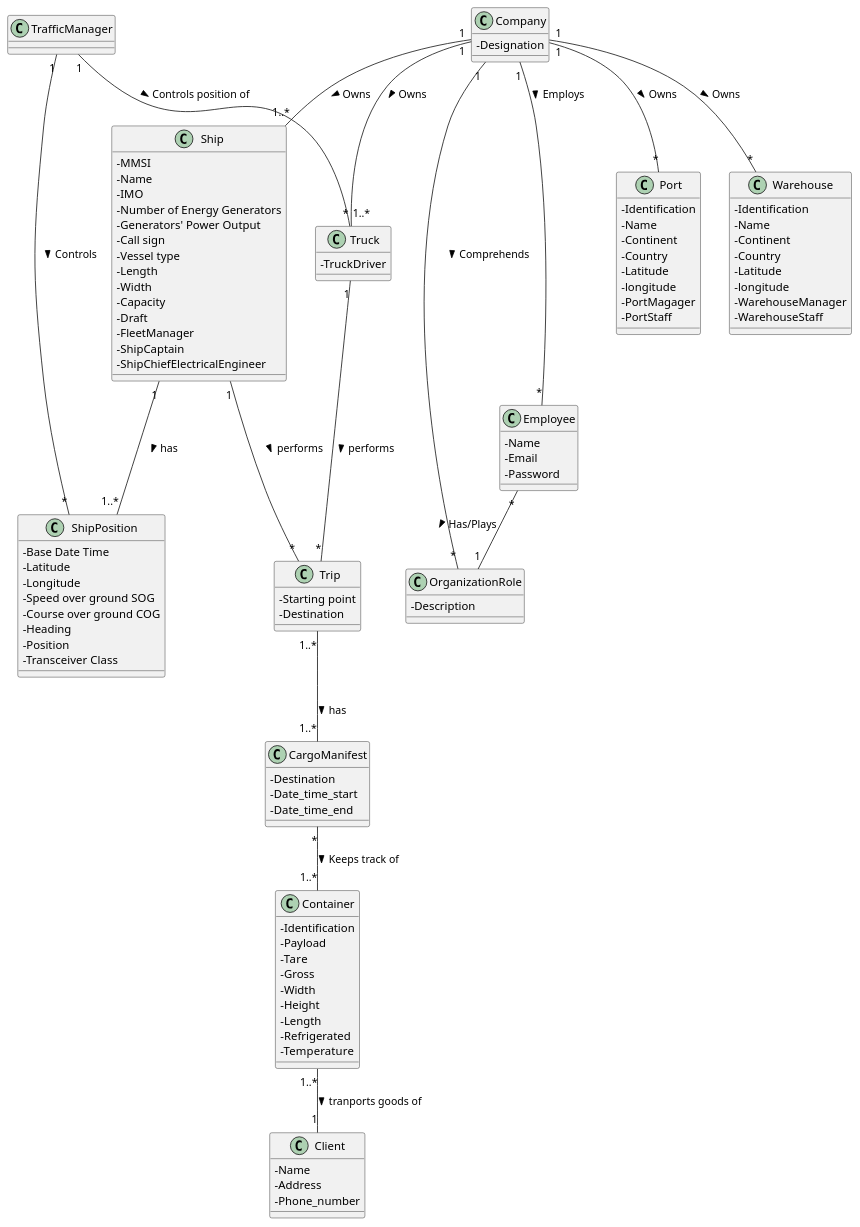
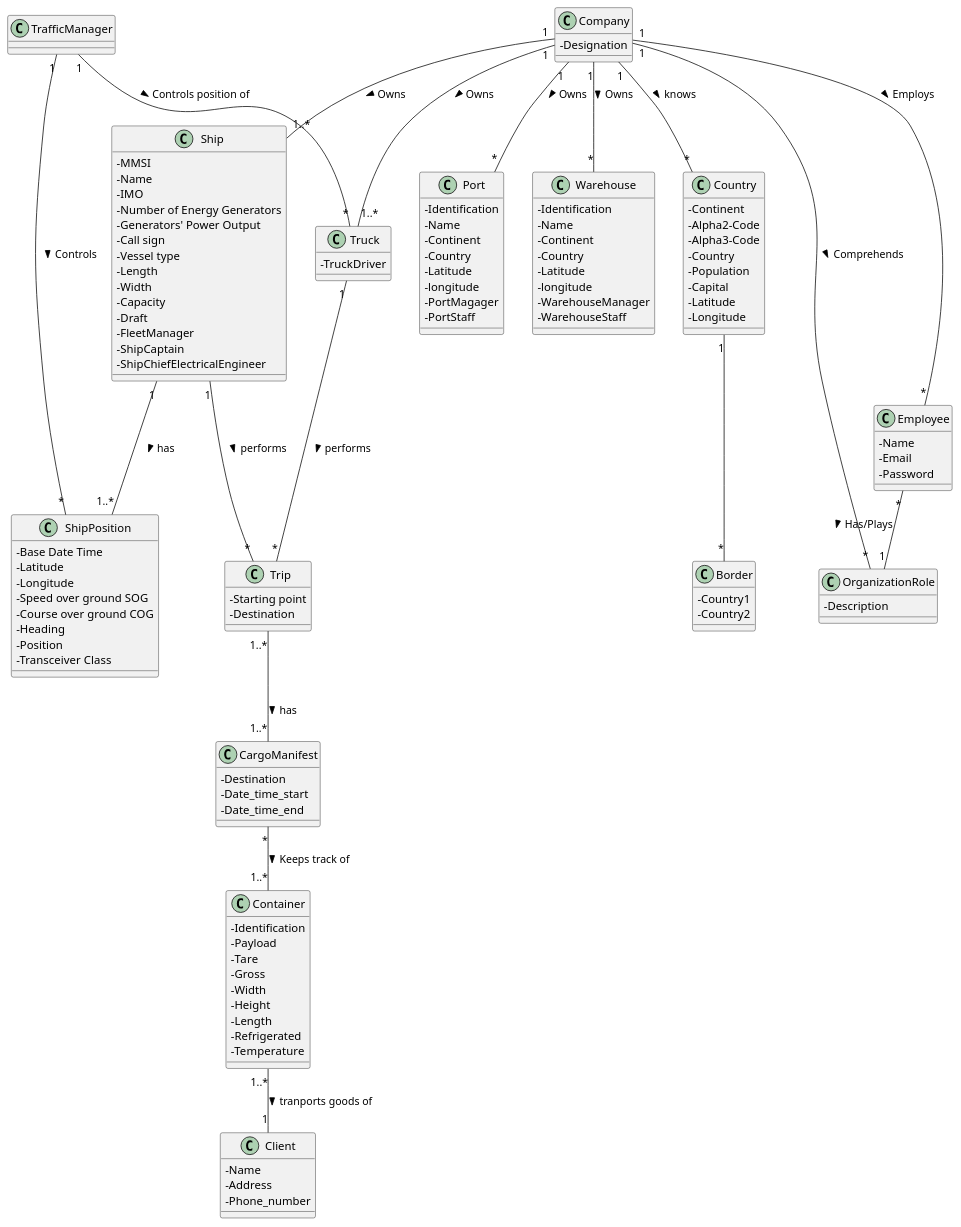
Before and after one commit to 1190772/LAB-Project-3: the diagram in docs/Sprint 3/Domain Model/Domain Model.puml, drawn with PlantUML. The commit also changed 9 other files, not shown here.

```diff
--- a/docs/Sprint 3/Domain Model/Domain Model.puml
+++ b/docs/Sprint 3/Domain Model/Domain Model.puml
@@ -1,122 +1,140 @@
 @startuml
 'https://plantuml.com/class-diagram
 
 skinparam classAttributeIconSize 0
 
 class Company {
 -Designation
 }
 
 class Container {
 -Identification
 -Payload
 -Tare
 -Gross
 -Width
 -Height
 -Length
 -Refrigerated
 -Temperature
 }
 
 class Ship {
 -MMSI
 -Name
 -IMO
 -Number of Energy Generators
 -Generators' Power Output
 -Call sign
 -Vessel type
 -Length
 -Width
 -Capacity
 -Draft
 -FleetManager
 -ShipCaptain
 -ShipChiefElectricalEngineer
 }
 
 class ShipPosition {
 -Base Date Time
 -Latitude
 -Longitude
 -Speed over ground SOG
 -Course over ground COG
 -Heading
 -Position
 -Transceiver Class
 }
 
 class Truck {
 -TruckDriver
 }
 
 class Client {
 -Name
 -Address
 -Phone_number
 }
 
 class Port {
 -Identification
 -Name
 -Continent
 -Country
 -Latitude
 -longitude
 -PortMagager
 -PortStaff
 }
 
 class Warehouse {
 -Identification
 -Name
 -Continent
 -Country
 -Latitude
 -longitude
 -WarehouseManager
 -WarehouseStaff
 }
 
 class Employee {
 -Name
 -Email
 -Password
 }
 
 class OrganizationRole {
 -Description
 }
 
 class TrafficManager
 
 class CargoManifest {
 -Destination
 -Date_time_start
 -Date_time_end
 }
 
 class Trip {
 -Starting point
 -Destination
 }
 
+class Country {
+-Continent
+-Alpha2-Code
+-Alpha3-Code
+-Country
+-Population
+-Capital
+-Latitude
+-Longitude
+}
+
+class Border {
+-Country1
+-Country2
+}
+
 Company "1" -- "1..*" Ship : Owns >
 Company "1" -- "1..*" Truck : Owns >
 Company "1" -- "*" Port : Owns >
 Company "1" -- "*" Warehouse : Owns >
 Company "1" -- "*" Employee : Employs >
 Company "1" --- "*" OrganizationRole : Comprehends >
+Company "1" -- "*" Country : knows >
 Employee "*" - "1" OrganizationRole : Has/Plays >
 Ship "1" -- "*" Trip : performs >
 Trip "1..*" -- "1..*" CargoManifest : has >
 Ship "1" -- "1..*" ShipPosition : has >
 TrafficManager "1" - "*" ShipPosition : Controls >
 TrafficManager "1" -- "*" Truck : Controls position of >
 Truck "1" -- "*" Trip : performs >
 CargoManifest "*" -- "1..*" Container : Keeps track of >
 Container "1..*" -- "1" Client : tranports goods of >
+Country "1" -- "*" Border
 
 
 @enduml
```
